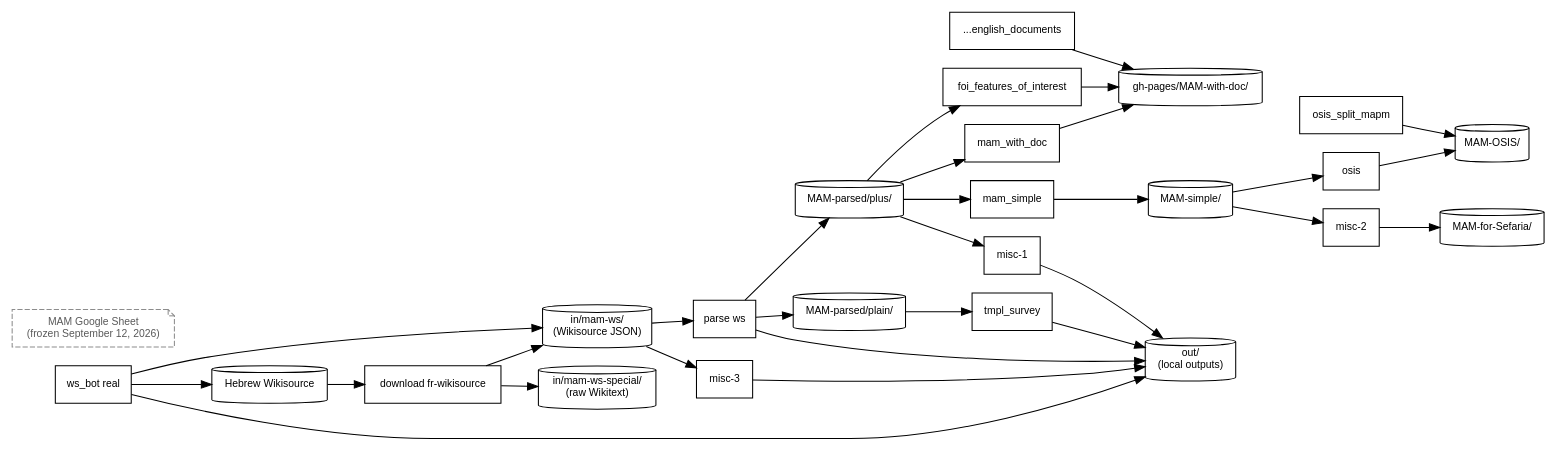
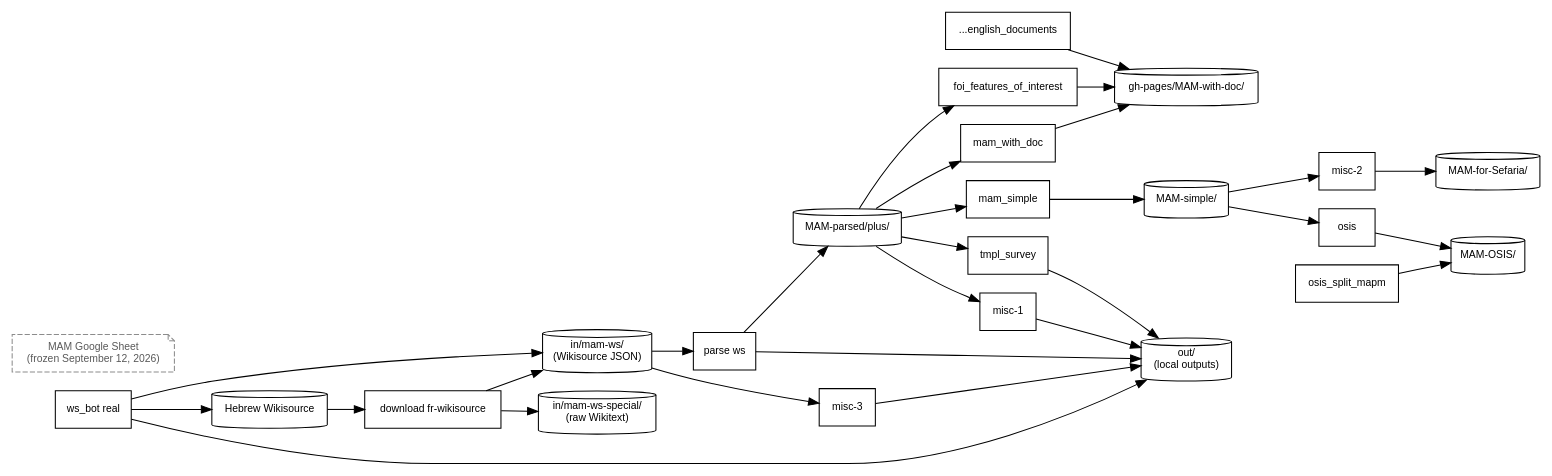
The diagram in doc/process-documentation/pipeline.dot (bdenckla/MAM-basics), drawn with Graphviz before and after one commit. The commit also changed 153 other files, not shown here.

Commit message:
Retire MAM-parsed plain products

```diff
--- a/doc/process-documentation/pipeline.dot
+++ b/doc/process-documentation/pipeline.dot
@@ -1,83 +1,81 @@
 digraph mam_pipeline {
     // This file was generated by MAM-basics/py/main_pipeline_graph.py.
     // Do not edit by hand; edit py/pipeline_graph/pipeline_graph_spec.py instead.
     graph [comment="This file was generated by MAM-basics/py/main_pipeline_graph.py."];
     // Generated from structured pipeline data.
     rankdir=LR;
     node [fontname="Helvetica", fontsize=10];
     edge [fontname="Helvetica", fontsize=9];
 
     // ── Data stores ──
     node [shape=cylinder];
     ds_parsed_plus        [label="MAM-parsed/plus/"];
-    ds_parsed_plain       [label="MAM-parsed/plain/"];
     ds_ws                 [label="in/mam-ws/\n(Wikisource JSON)"];
     ds_ws_special         [label="in/mam-ws-special/\n(raw Wikitext)"];
     src_ws_live           [label="Hebrew Wikisource"];
     archive_google_sheet  [label="MAM Google Sheet\n(frozen September 12, 2026)", shape="note", style=dashed, color="gray55", fontcolor="gray35"];
     ds_simple             [label="MAM-simple/"];
     ds_with_doc           [label="gh-pages/MAM-with-doc/"];
     ds_sefaria            [label="MAM-for-Sefaria/"];
     ds_osis               [label="MAM-OSIS/"];
     ds_out                [label="out/\n(local outputs)"];
 
     // ── External prerequisites (not part of _STEPS) ──
     node [shape=box, style=dashed, color=gray, fontcolor=gray];
     download_ws           [label="download fr-wikisource", style="", color="", fontcolor=""];
 
     // ── Pipeline steps ──
     node [shape=box, style="", color="", fontcolor=""];
     parse_ws              [label="parse ws"];
     foi                   [label="foi_features_of_interest"];
     mam_with_doc          [label="mam_with_doc"];
     tmpl_survey           [label="tmpl_survey"];
     mam_simple            [label="mam_simple"];
     misc_2                [label="misc-2"];
     osis                  [label="osis"];
     misc_1                [label="misc-1", tooltip="decnreub\nmultimark\nwordlist\nexplicit_xataf\ndiff ctr-vs-mam"];
     misc_3                [label="misc-3"];
     ws_bot                [label="ws_bot real"];
     gen_docs              [label="...english_documents"];
     osis_split            [label="osis_split_mapm"];
 
     // ── Edges ──
 
     // MAM-parsed consumers
     ds_parsed_plus       -> foi;
     ds_parsed_plus       -> mam_with_doc;
     ds_parsed_plus       -> mam_simple;
     ds_parsed_plus       -> misc_1;
-    ds_parsed_plain      -> tmpl_survey;
+    ds_parsed_plus       -> tmpl_survey;
 
     // MAM-with-doc outputs
     foi                  -> ds_with_doc;
     mam_with_doc         -> ds_with_doc;
     gen_docs             -> ds_with_doc;
 
     // MAM-simple pipeline
     mam_simple           -> ds_simple;
     ds_simple            -> misc_2;
     ds_simple            -> osis;
     misc_2               -> ds_sefaria;
     osis                 -> ds_osis;
     osis_split           -> ds_osis;
 
     // Local out/ outputs
     tmpl_survey          -> ds_out;
     misc_1               -> ds_out;
     parse_ws             -> ds_out;
     misc_3               -> ds_out;
 
     // Wikisource pipeline
     src_ws_live          -> download_ws;
     download_ws          -> ds_ws;
     download_ws          -> ds_ws_special;
     ds_ws                -> parse_ws;
-    parse_ws             -> ds_parsed_plain;
     parse_ws             -> ds_parsed_plus;
     ds_ws                -> misc_3;
     ws_bot               -> src_ws_live;
     ws_bot               -> ds_ws;
     ws_bot               -> ds_out [tooltip="via automatic post-download reparse"];
 
 }
```
